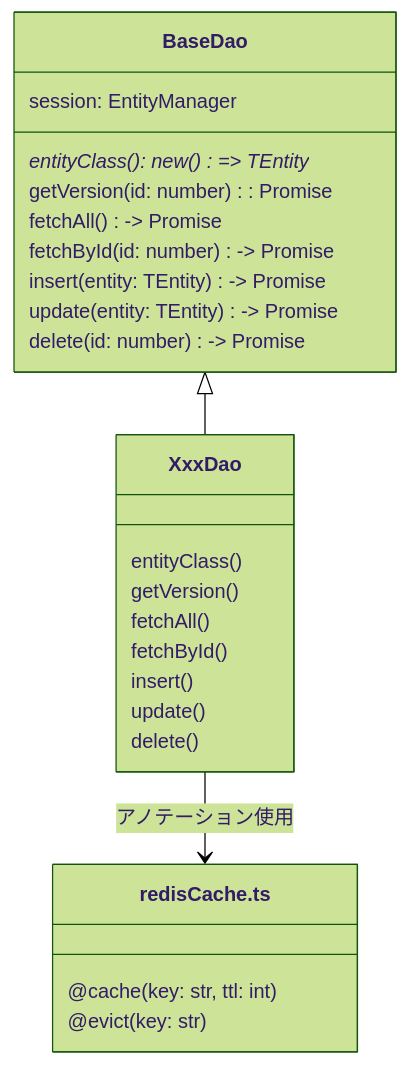
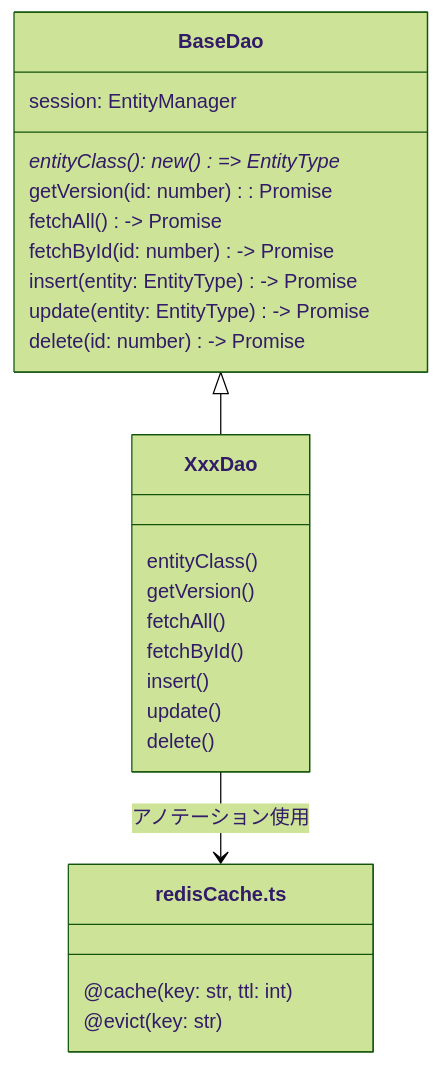
One commit to shuhei1101/allowance-questboard changed the diagram in docs/ja/backend/DAO.md. Above: the diagram before and after it, drawn with Mermaid (forest theme). The commit also changed 28 other files, not shown here.

````diff
--- a/docs/ja/backend/DAO.md
+++ b/docs/ja/backend/DAO.md
@@ -10,32 +10,32 @@
 ```mermaid
 classDiagram
     class redisCache.ts {
       @cache(key: str, ttl: int)
       @evict(key: str)
     }
 
     class BaseDao {
       session: EntityManager
-      entityClass(): new () => TEntity*
+      entityClass(): new () => EntityType*
 
       getVersion(id: number): Promise<number>
-      fetchAll() -> Promise<TEntity[]>
-      fetchById(id: number) -> Promise<TEntity | null>
-      insert(entity: TEntity) -> Promise<number>
-      update(entity: TEntity) -> Promise<void>
+      fetchAll() -> Promise<EntityType[]>
+      fetchById(id: number) -> Promise<EntityType | null>
+      insert(entity: EntityType) -> Promise<number>
+      update(entity: EntityType) -> Promise<void>
       delete(id: number) -> Promise<void>
     }
 
     class XxxDao {
       entityClass()
       getVersion()
       fetchAll()
       fetchById()
       insert()
       update()
       delete()
     }
 
     BaseDao <|-- XxxDao
     XxxDao --> redisCache.ts : アノテーション使用
 ```
````
